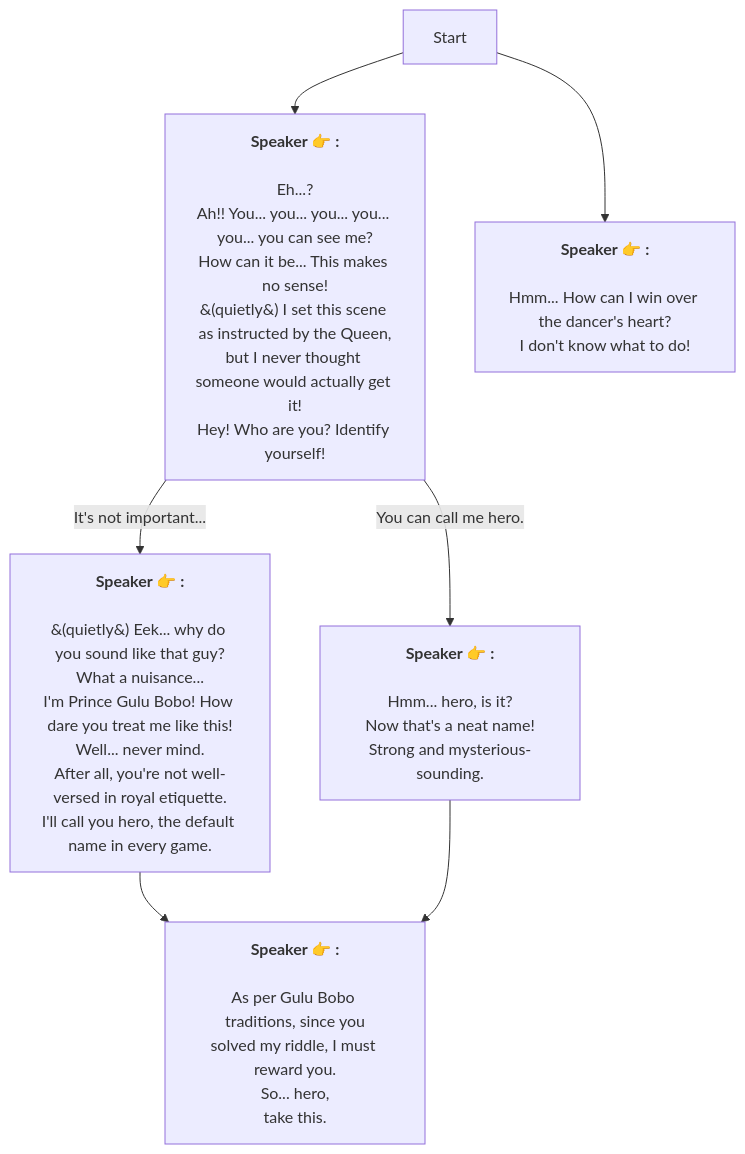
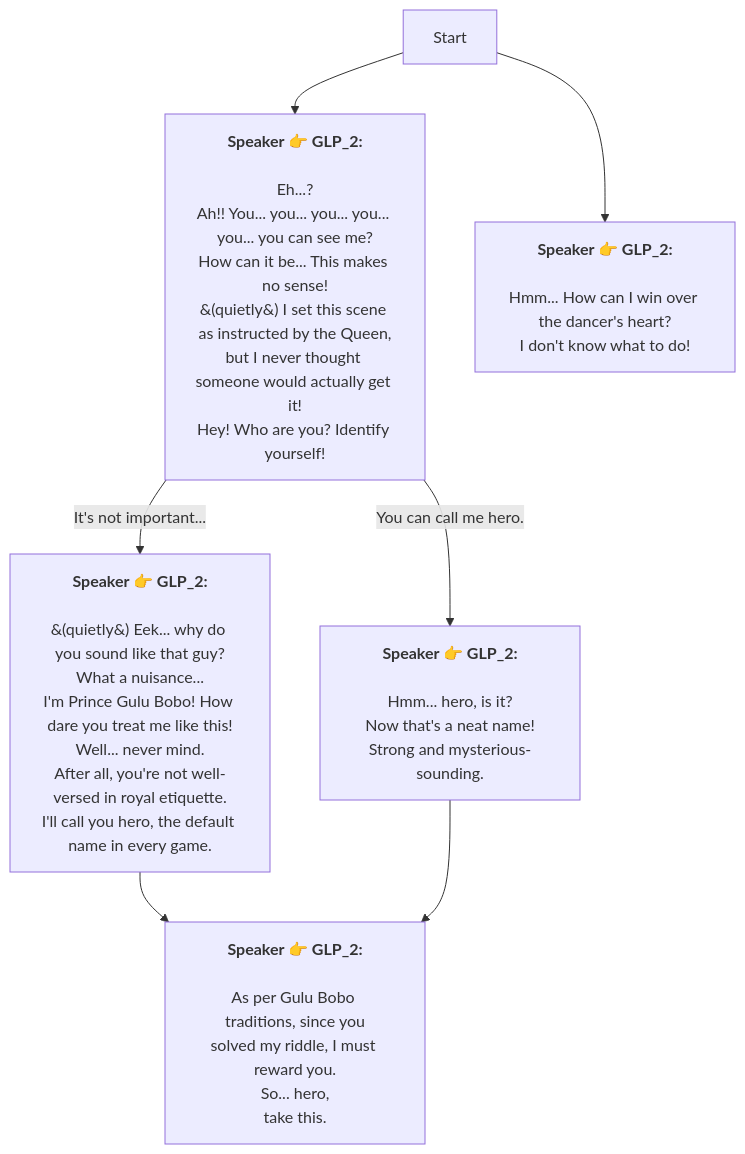
One commit to SoftHu/tos_avg changed the diagram in En/GLP_1.md. Above: the diagram before and after it, drawn with Mermaid. The commit also changed 410 other files, not shown here.

````diff
--- a/En/GLP_1.md
+++ b/En/GLP_1.md
@@ -1,30 +1,30 @@
 ```mermaid
 graph
-Start -->1719149895073827[<b>Speaker 👉 :</b>
+Start -->1719149895073827[<b>Speaker 👉 GLP_2:</b>
 \nEh...?
 Ah!! You... you... you... you... you... you can see me?\nHow can it be... This makes no sense!
 &#40;quietly&#41; I set this scene as instructed by the Queen,
 but I never thought someone would actually get it!\nHey! Who are you? Identify yourself!]
-1719149895073827 -->|It's not important...|1719149977353257[<b>Speaker 👉 :</b>
+1719149895073827 -->|It's not important...|1719149977353257[<b>Speaker 👉 GLP_2:</b>
 \n&#40;quietly&#41; Eek... why do you sound like that guy?
 What a nuisance...
 I'm Prince Gulu Bobo! How dare you treat me like this!\nWell... never mind.
 After all, you're not well-versed in royal etiquette.
 I'll call you hero, the default name in every game.]
-1719149895073827 -->|You can call me hero.|1719152199926806[<b>Speaker 👉 :</b>
+1719149895073827 -->|You can call me hero.|1719152199926806[<b>Speaker 👉 GLP_2:</b>
 \nHmm... hero, is it?
 Now that's a neat name!
 Strong and mysterious-sounding.]
-1719149977353257 -->1719153501420566[<b>Speaker 👉 :</b>
+1719149977353257 -->1719153501420566[<b>Speaker 👉 GLP_2:</b>
 \nAs per Gulu Bobo traditions, since you
 solved my riddle, I must reward you.\nSo... hero,
 take this.]
-1719152199926806 -->1719153501420566[<b>Speaker 👉 :</b>
+1719152199926806 -->1719153501420566[<b>Speaker 👉 GLP_2:</b>
 \nAs per Gulu Bobo traditions, since you
 solved my riddle, I must reward you.\nSo... hero,
 take this.]
-Start -->1724022901524527[<b>Speaker 👉 :</b>
+Start -->1724022901524527[<b>Speaker 👉 GLP_2:</b>
 \nHmm... How can I win over the dancer's heart?
 I don't know what to do!]
 
 ```
````
